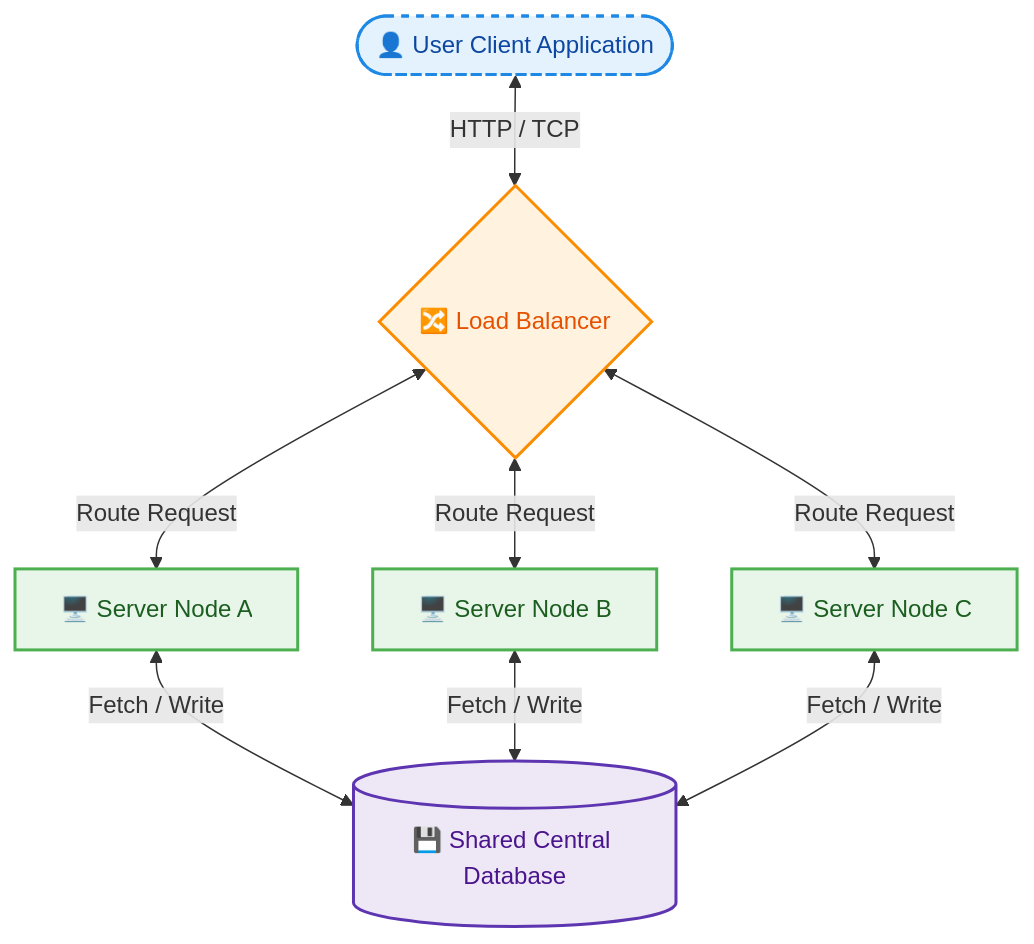
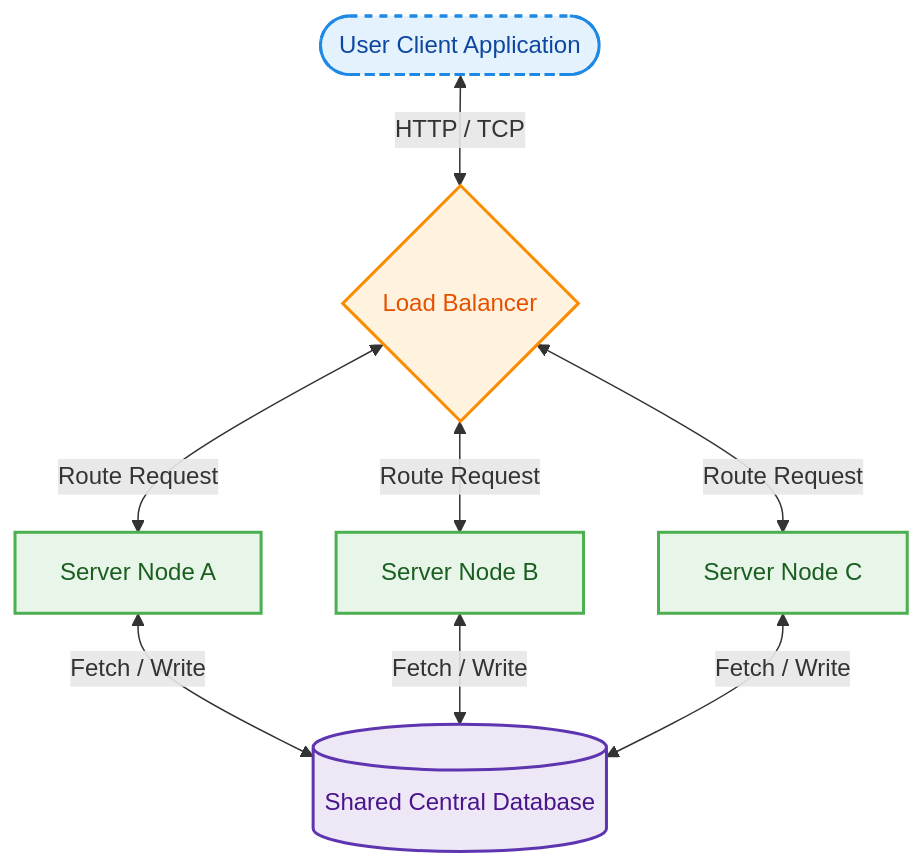
Before and after one commit to RameenAnwar/PDC-SP26-SE: the first of 8 diagrams in Muhammad-Affan-23FA-003-SE/Chapter06/README.md, drawn with Mermaid. The commit also changed other lines of this file, not shown here.

````diff
--- a/Muhammad-Affan-23FA-003-SE/Chapter06/README.md
+++ b/Muhammad-Affan-23FA-003-SE/Chapter06/README.md
@@ -60,22 +60,22 @@
 ```mermaid
 graph TD
     %% Styling definitions for clear visual contrast
     classDef clientClass fill:#E3F2FD,stroke:#1E88E5,stroke-width:2px,stroke-dasharray: 5 5,color:#0D47A1;
     classDef lbClass fill:#FFF3E0,stroke:#FB8C00,stroke-width:2px,color:#E65100;
     classDef serverClass fill:#E8F5E9,stroke:#4CAF50,stroke-width:2px,color:#1B5E20;
     classDef dbClass fill:#EDE7F6,stroke:#5E35B1,stroke-width:2px,color:#4A148C;
 
-    User([👤 User Client Application]) <--> |HTTP / TCP| LoadBalancer{🔀 Load Balancer}
-    LoadBalancer <--> |Route Request| Server1[🖥️ Server Node A]
-    LoadBalancer <--> |Route Request| Server2[🖥️ Server Node B]
-    LoadBalancer <--> |Route Request| Server3[🖥️ Server Node C]
+    User([User Client Application]) <--> |HTTP / TCP| LoadBalancer{Load Balancer}
+    LoadBalancer <--> |Route Request| Server1[Server Node A]
+    LoadBalancer <--> |Route Request| Server2[Server Node B]
+    LoadBalancer <--> |Route Request| Server3[Server Node C]
     
-    Server1 <--> |Fetch / Write| DB[(💾 Shared Central Database)]
+    Server1 <--> |Fetch / Write| DB[(Shared Central Database)]
     Server2 <--> |Fetch / Write| DB
     Server3 <--> |Fetch / Write| DB
 
     class User clientClass;
     class LoadBalancer lbClass;
     class Server1,Server2,Server3 serverClass;
     class DB dbClass;
 ```
````
